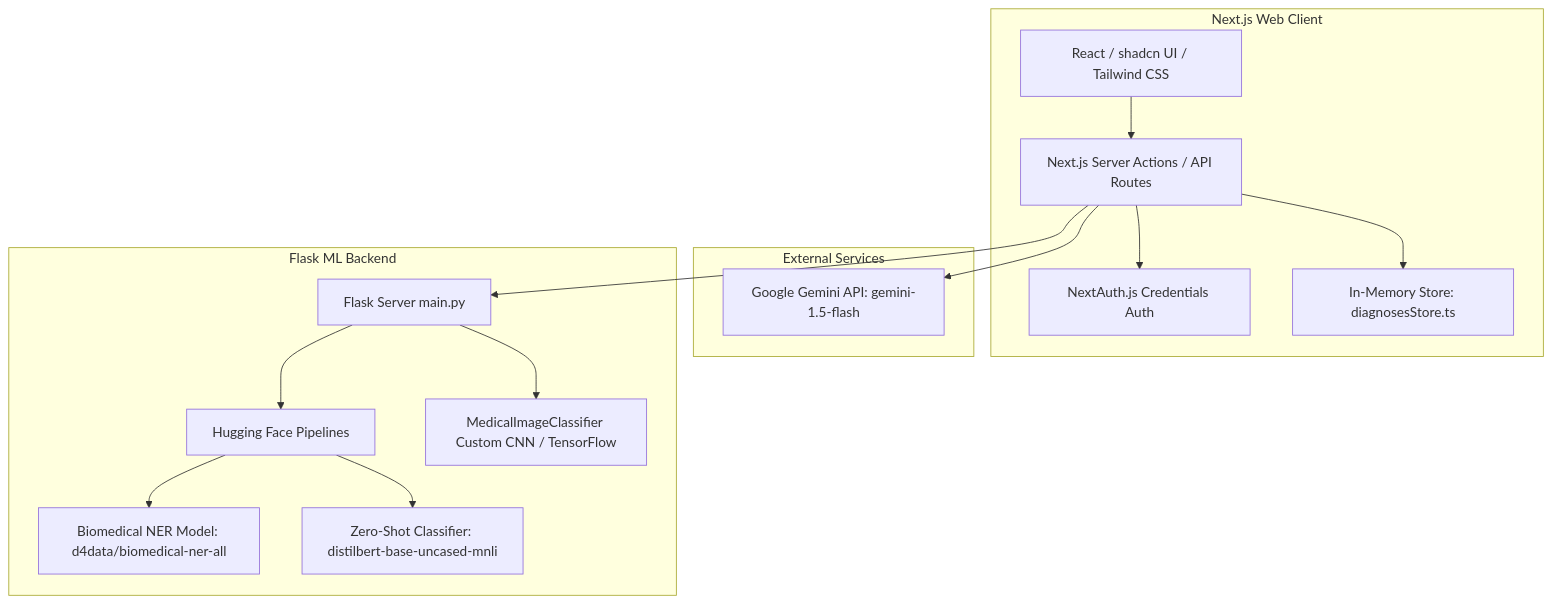
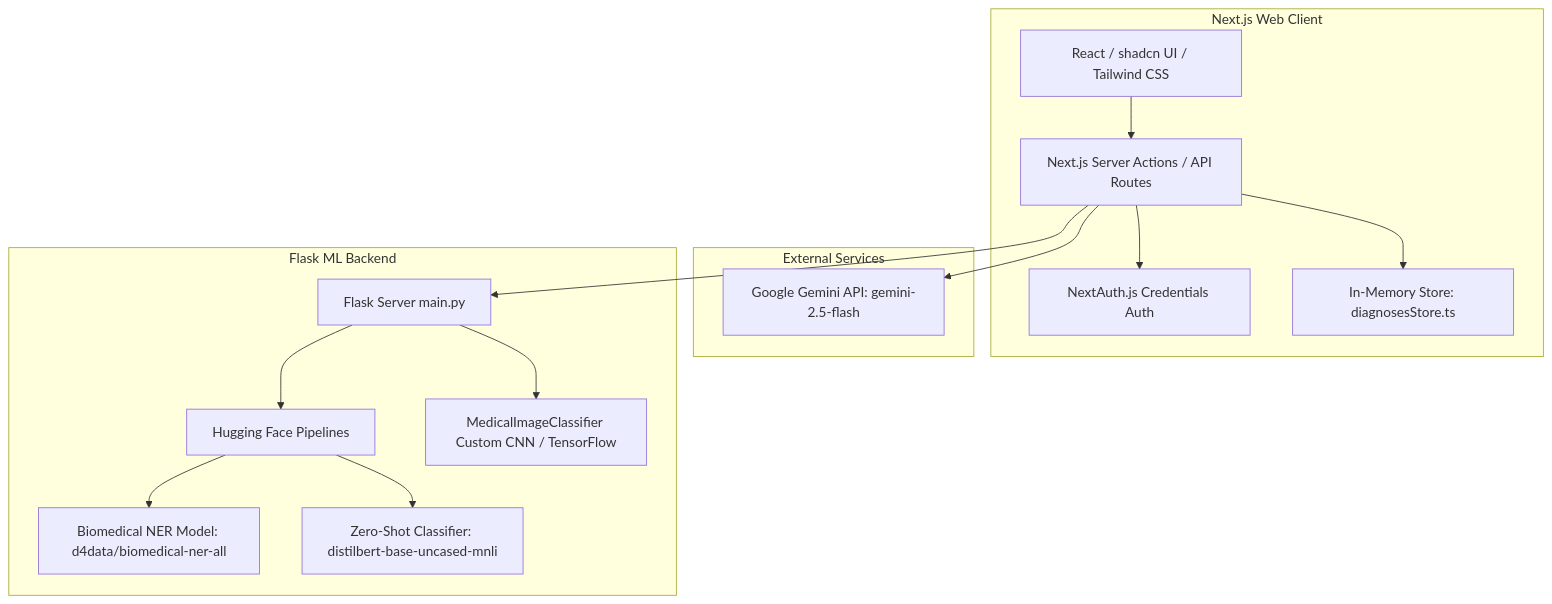
One commit to yash99raj/MediBoX changed the first of 3 diagrams in README.md. Above: the diagram before and after it, drawn with Mermaid. The commit also changed other lines of this file and 17 other files, not shown here.

````diff
--- a/README.md
+++ b/README.md
@@ -9,31 +9,31 @@
 ```mermaid
 graph TD
     subgraph Frontend [Next.js Web Client]
         UI[React / shadcn UI / Tailwind CSS]
         NextAuth[NextAuth.js Credentials Auth]
         Store[In-Memory Store: diagnosesStore.ts]
         ClientAPI[Next.js Server Actions / API Routes]
     end
 
     subgraph ExternalServices [External Services]
-        Gemini[Google Gemini API: gemini-1.5-flash]
+        Gemini[Google Gemini API: gemini-2.5-flash]
     end
 
     subgraph Backend [Flask ML Backend]
         Flask[Flask Server main.py]
         HF[Hugging Face Pipelines]
         NER[Biomedical NER Model: d4data/biomedical-ner-all]
         Classifier[Zero-Shot Classifier: distilbert-base-uncased-mnli]
         ImageClassifier[MedicalImageClassifier Custom CNN / TensorFlow]
     end
 
     UI --> ClientAPI
     ClientAPI --> NextAuth
     ClientAPI --> Store
     ClientAPI --> Gemini
     ClientAPI --> Flask
     Flask --> HF
     HF --> NER
     HF --> Classifier
     Flask --> ImageClassifier
 ```
````
